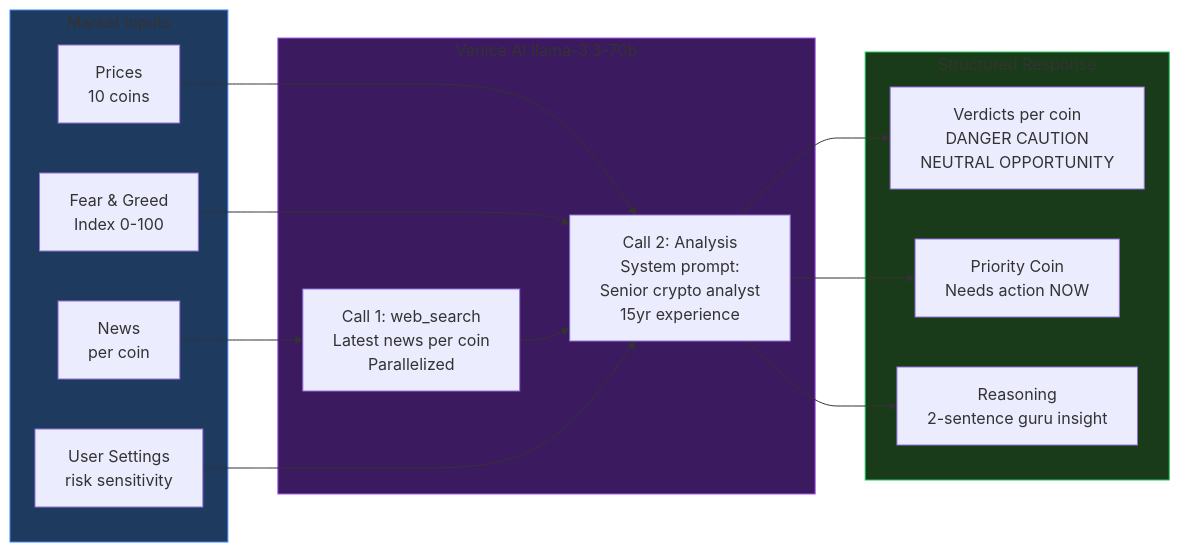
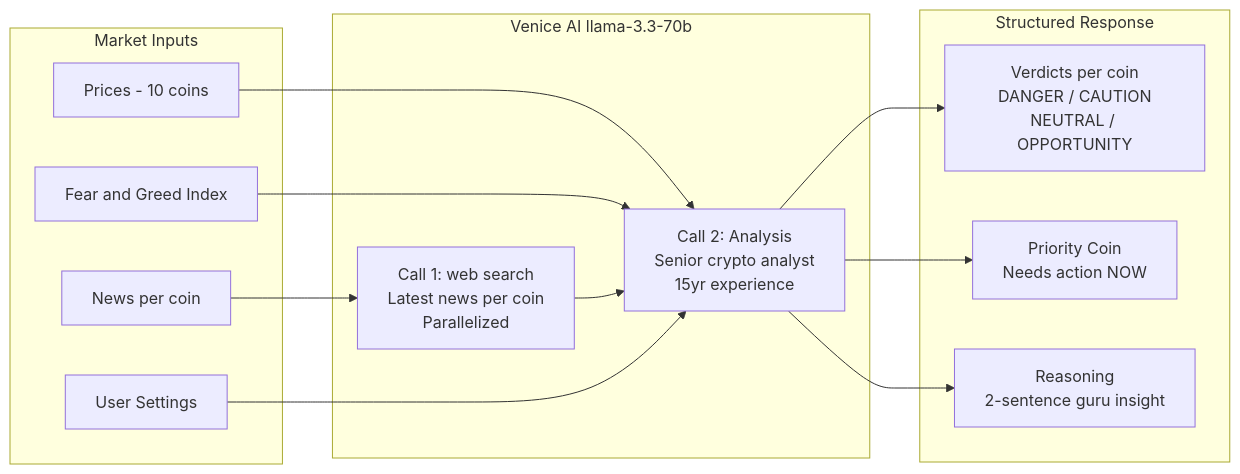
The fourth of 4 diagrams in README.md (ryzen-xp/Crypto-Guardian), drawn with Mermaid before and after one commit. The commit also changed other lines of this file, not shown here.

First line of the commit message:
docs: Update architecture diagrams for clarity and consistency

````diff
--- a/README.md
+++ b/README.md
@@ -178,32 +159,28 @@
 ```mermaid
 flowchart LR
     subgraph Inputs["Market Inputs"]
-        P[Prices\n10 coins]
-        F[Fear & Greed\nIndex 0-100]
-        N[News\nper coin]
-        S[User Settings\nrisk sensitivity]
+        P["Prices - 10 coins"]
+        F["Fear and Greed Index"]
+        N["News per coin"]
+        S["User Settings"]
     end
 
     subgraph Venice["Venice AI llama-3.3-70b"]
-        WS[Call 1: web_search\nLatest news per coin\nParallelized]
-        AN[Call 2: Analysis\nSystem prompt:\nSenior crypto analyst\n15yr experience]
+        WS["Call 1: web search<br/>Latest news per coin<br/>Parallelized"]
+        AN["Call 2: Analysis<br/>Senior crypto analyst<br/>15yr experience"]
     end
 
     subgraph Output["Structured Response"]
-        VD[Verdicts per coin\nDANGER CAUTION\nNEUTRAL OPPORTUNITY]
-        PC[Priority Coin\nNeeds action NOW]
-        RE[Reasoning\n2-sentence guru insight]
+        VD["Verdicts per coin<br/>DANGER / CAUTION<br/>NEUTRAL / OPPORTUNITY"]
+        PC["Priority Coin<br/>Needs action NOW"]
+        RE["Reasoning<br/>2-sentence guru insight"]
     end
 
     P --> AN
     F --> AN
     N --> WS --> AN
     S --> AN
     AN --> VD
     AN --> PC
     AN --> RE
-
-    style Venice fill:#3b1a5f,stroke:#a855f7
-    style Inputs fill:#1e3a5f,stroke:#3b82f6
-    style Output fill:#1a3b1a,stroke:#22c55e
 ```
````
